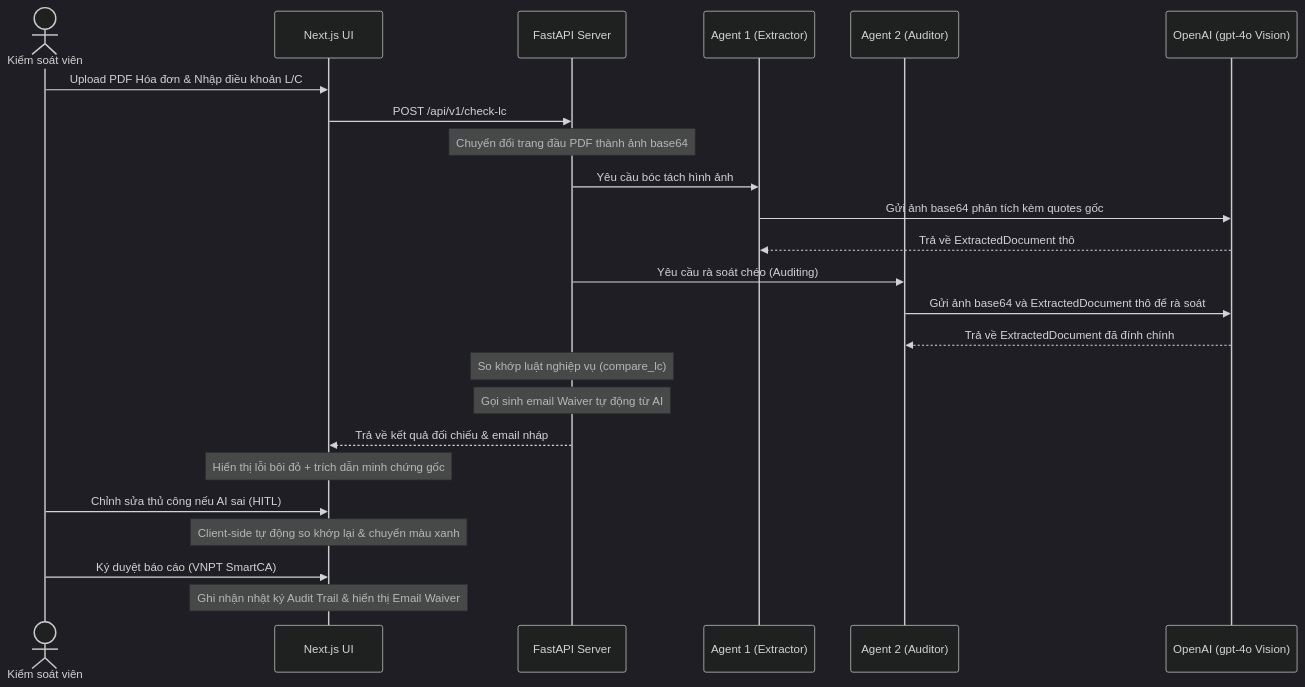
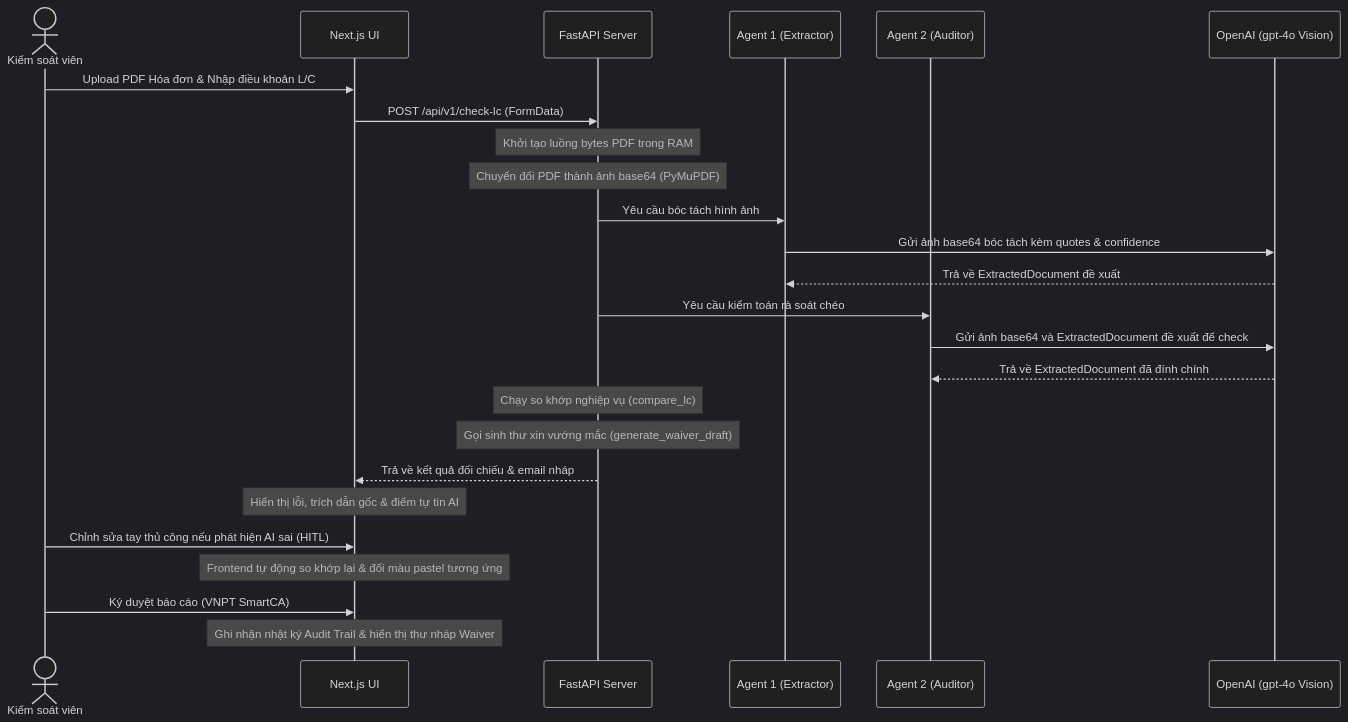
The diagram in Architecture.md (huzy179/HackathonCodex), drawn with Mermaid (dark theme) before and after one commit. The commit also changed other lines of this file and 4 other files, not shown here.

````diff
--- a/Architecture.md
+++ b/Architecture.md
@@ -14,27 +27,28 @@
 ```mermaid
 sequenceDiagram
     actor User as Kiểm soát viên
     participant FE as Next.js UI
     participant BE as FastAPI Server
     participant AG1 as Agent 1 (Extractor)
     participant AG2 as Agent 2 (Auditor)
     participant OpenAI as OpenAI (gpt-4o Vision)
 
     User->>FE: Upload PDF Hóa đơn & Nhập điều khoản L/C
-    FE->>BE: POST /api/v1/check-lc
-    Note over BE: Chuyển đổi trang đầu PDF thành ảnh base64
+    FE->>BE: POST /api/v1/check-lc (FormData)
+    Note over BE: Khởi tạo luồng bytes PDF trong RAM
+    Note over BE: Chuyển đổi PDF thành ảnh base64 (PyMuPDF)
     BE->>AG1: Yêu cầu bóc tách hình ảnh
-    AG1->>OpenAI: Gửi ảnh base64 phân tích kèm quotes gốc
-    OpenAI-->>AG1: Trả về ExtractedDocument thô
-    BE->>AG2: Yêu cầu rà soát chéo (Auditing)
-    AG2->>OpenAI: Gửi ảnh base64 và ExtractedDocument thô để rà soát
+    AG1->>OpenAI: Gửi ảnh base64 bóc tách kèm quotes & confidence
+    OpenAI-->>AG1: Trả về ExtractedDocument đề xuất
+    BE->>AG2: Yêu cầu kiểm toán rà soát chéo
+    AG2->>OpenAI: Gửi ảnh base64 và ExtractedDocument đề xuất để check
     OpenAI-->>AG2: Trả về ExtractedDocument đã đính chính
-    Note over BE: So khớp luật nghiệp vụ (compare_lc)
-    Note over BE: Gọi sinh email Waiver tự động từ AI
+    Note over BE: Chạy so khớp nghiệp vụ (compare_lc)
+    Note over BE: Gọi sinh thư xin vướng mắc (generate_waiver_draft)
     BE-->>FE: Trả về kết quả đối chiếu & email nháp
-    Note over FE: Hiển thị lỗi bôi đỏ + trích dẫn minh chứng gốc
-    User->>FE: Chỉnh sửa thủ công nếu AI sai (HITL)
-    Note over FE: Client-side tự động so khớp lại & chuyển màu xanh
+    Note over FE: Hiển thị lỗi, trích dẫn gốc & điểm tự tin AI
+    User->>FE: Chỉnh sửa tay thủ công nếu phát hiện AI sai (HITL)
+    Note over FE: Frontend tự động so khớp lại & đổi màu pastel tương ứng
     User->>FE: Ký duyệt báo cáo (VNPT SmartCA)
-    Note over FE: Ghi nhận nhật ký Audit Trail & hiển thị Email Waiver
+    Note over FE: Ghi nhận nhật ký Audit Trail & hiển thị thư nháp Waiver
 ```
````
